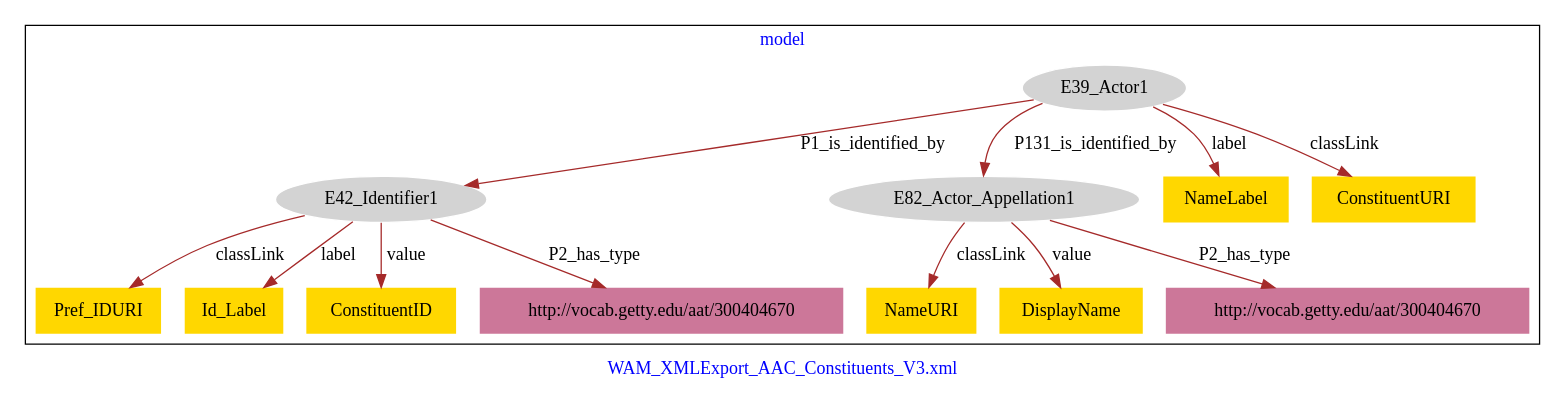
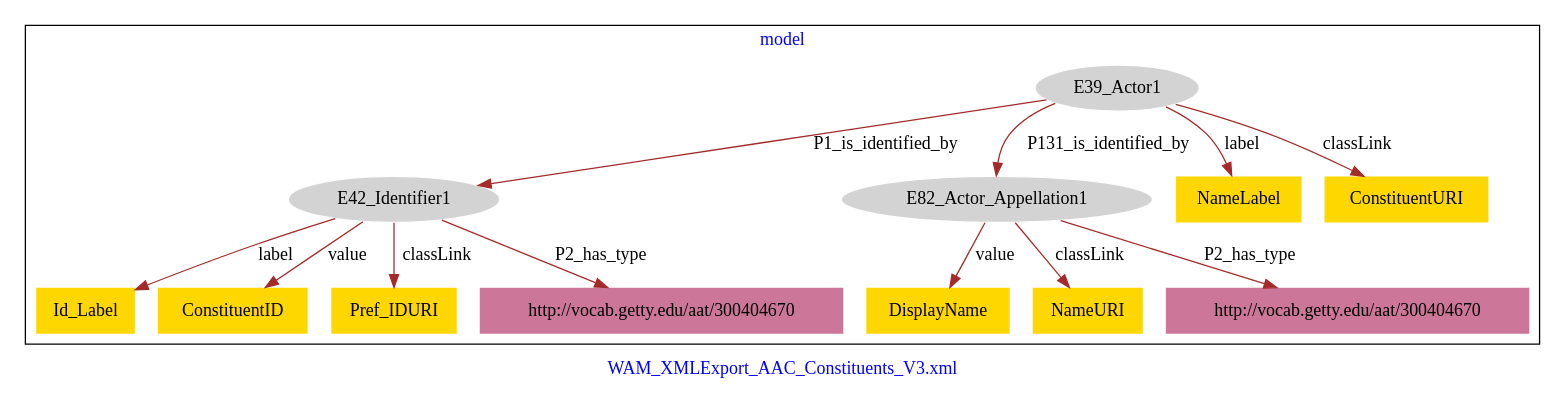
One commit to american-art/wam changed the diagram in WAM_AAC_Constituents_institution/WAM_AAC_Constituents_institution-model.dot. Above: the diagram before and after it, drawn with Graphviz.

Commit message:
Update file WAM_AAC_Constituents_institution-model.dot

```diff
--- a/WAM_AAC_Constituents_institution/WAM_AAC_Constituents_institution-model.dot
+++ b/WAM_AAC_Constituents_institution/WAM_AAC_Constituents_institution-model.dot
@@ -1,31 +1,31 @@
 digraph n0 {
 fontcolor="blue"
 remincross="true"
 label="WAM_XMLExport_AAC_Constituents_V3.xml"
 subgraph cluster {
 label="model"
 n2[style="filled",color="white",fillcolor="lightgray",label="E39_Actor1"];
 n3[style="filled",color="white",fillcolor="lightgray",label="E42_Identifier1"];
 n4[style="filled",color="white",fillcolor="lightgray",label="E82_Actor_Appellation1"];
-n5[shape="plaintext",style="filled",fillcolor="gold",label="Pref_IDURI"];
+n5[shape="plaintext",style="filled",fillcolor="gold",label="DisplayName"];
 n6[shape="plaintext",style="filled",fillcolor="gold",label="NameLabel"];
 n7[shape="plaintext",style="filled",fillcolor="gold",label="Id_Label"];
-n8[shape="plaintext",style="filled",fillcolor="gold",label="ConstituentID"];
+n8[shape="plaintext",style="filled",fillcolor="gold",label="ConstituentURI"];
 n9[shape="plaintext",style="filled",fillcolor="gold",label="NameURI"];
-n10[shape="plaintext",style="filled",fillcolor="gold",label="ConstituentURI"];
-n11[shape="plaintext",style="filled",fillcolor="gold",label="DisplayName"];
+n10[shape="plaintext",style="filled",fillcolor="gold",label="ConstituentID"];
+n11[shape="plaintext",style="filled",fillcolor="gold",label="Pref_IDURI"];
 n12[shape="plaintext",style="filled",fillcolor="#CC7799",label="http://vocab.getty.edu/aat/300404670"];
 n13[shape="plaintext",style="filled",fillcolor="#CC7799",label="http://vocab.getty.edu/aat/300404670"];
 }
 n2 -> n3[color="brown",fontcolor="black",label="P1_is_identified_by"]
 n2 -> n4[color="brown",fontcolor="black",label="P131_is_identified_by"]
-n3 -> n5[color="brown",fontcolor="black",label="classLink"]
+n4 -> n5[color="brown",fontcolor="black",label="value"]
 n2 -> n6[color="brown",fontcolor="black",label="label"]
 n3 -> n7[color="brown",fontcolor="black",label="label"]
-n3 -> n8[color="brown",fontcolor="black",label="value"]
+n2 -> n8[color="brown",fontcolor="black",label="classLink"]
 n4 -> n9[color="brown",fontcolor="black",label="classLink"]
-n2 -> n10[color="brown",fontcolor="black",label="classLink"]
-n4 -> n11[color="brown",fontcolor="black",label="value"]
+n3 -> n10[color="brown",fontcolor="black",label="value"]
+n3 -> n11[color="brown",fontcolor="black",label="classLink"]
 n4 -> n12[color="brown",fontcolor="black",label="P2_has_type"]
 n3 -> n13[color="brown",fontcolor="black",label="P2_has_type"]
 }
```
